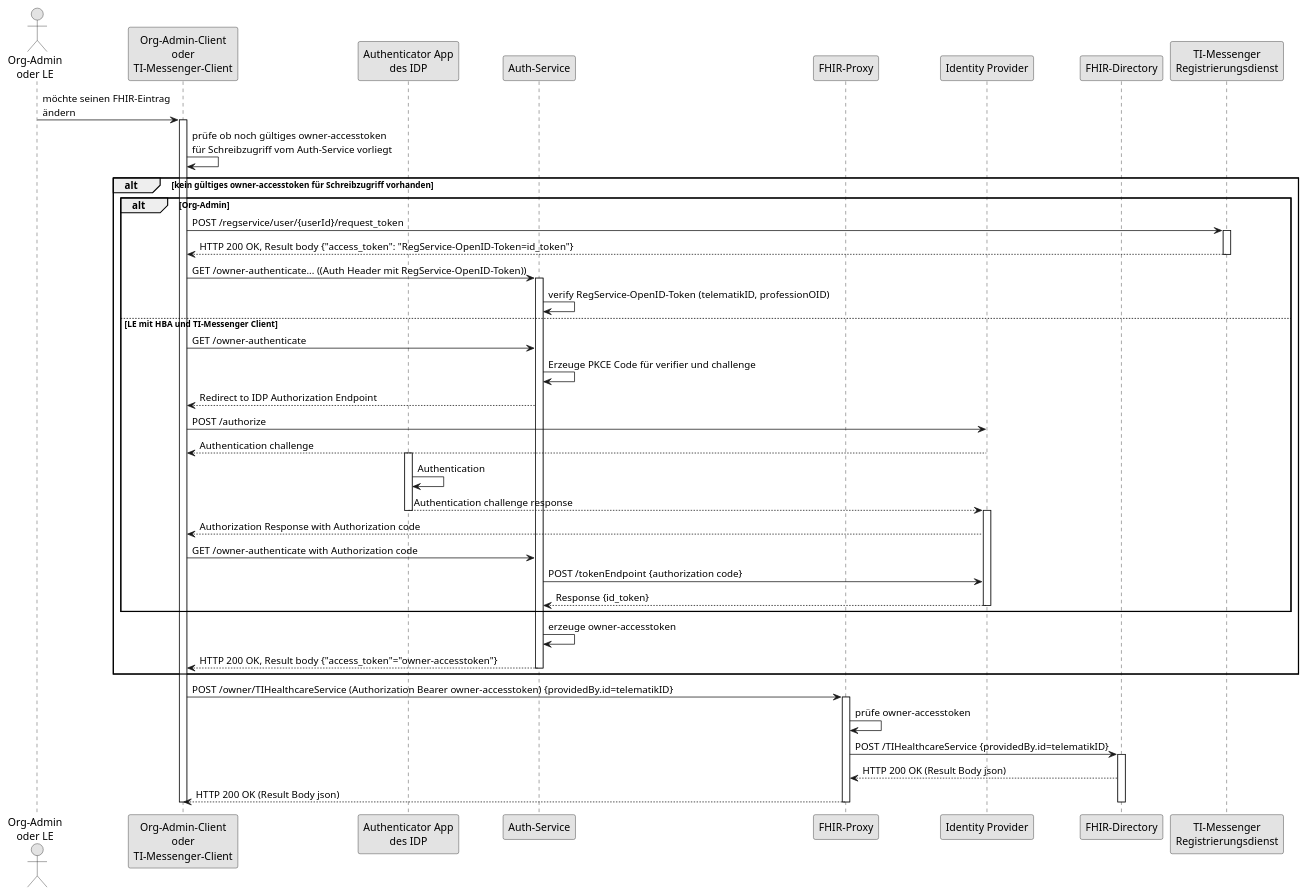
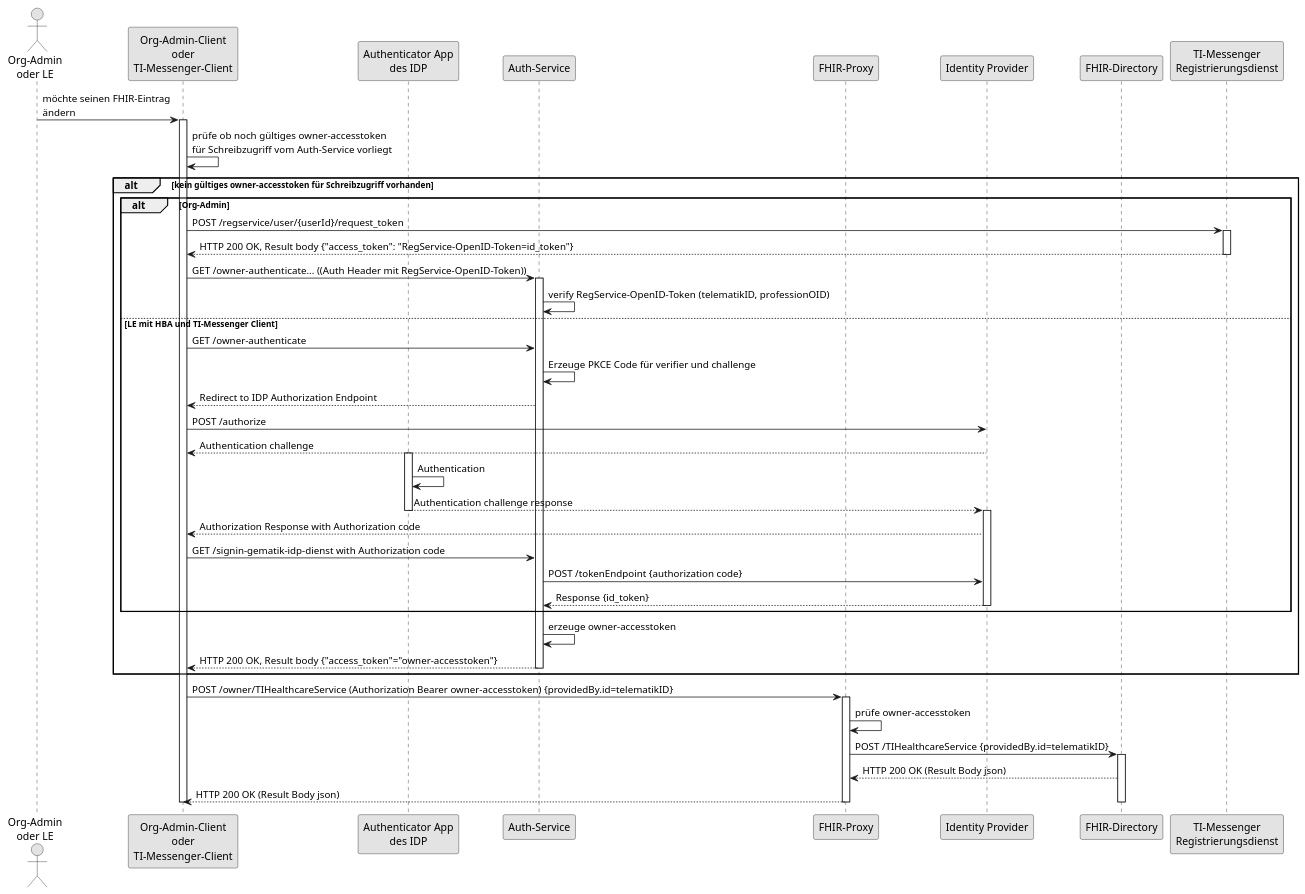
The diagram in src/plantuml/SequenceDiagram.FHIR-Directory.owner.puml (gematik/api-vzd), drawn with PlantUML before and after one commit.

Commit message:
URL Korrektur signin-gematik-idp-dienst
Änderung URL von owner-authenticate auf signin-gematik-idp-dienst

```diff
--- a/src/plantuml/SequenceDiagram.FHIR-Directory.owner.puml
+++ b/src/plantuml/SequenceDiagram.FHIR-Directory.owner.puml
@@ -1,59 +1,59 @@
 @startuml FHIR-Directory, Sequenzdiagram Änderung von eigenen -Einträgen
 skinparam dpi 100
 skinparam WrapWidth 200
 skinparam monochrome true
 
 'title "FHIR-Directory, Sequenzdiagram Änderung von eigenen Einträgen'
 actor o as "Org-Admin\noder LE"
 participant cl as "Org-Admin-Client\noder\nTI-Messenger-Client"
 participant aa as "Authenticator App\ndes IDP"
 participant au as "Auth-Service"
 participant fp as "FHIR-Proxy"
 participant idp as "Identity Provider"
 participant fd as "FHIR-Directory"
 participant rd as "TI-Messenger\nRegistrierungsdienst"
 o -> cl: möchte seinen FHIR-Eintrag\nändern
 activate cl
 cl -> cl: prüfe ob noch gültiges owner-accesstoken\nfür Schreibzugriff vom Auth-Service vorliegt
 alt kein gültiges owner-accesstoken für Schreibzugriff vorhanden
 alt Org-Admin
 cl -> rd: POST /regservice/user/{userId}/request_token
 activate rd
 rd --> cl: HTTP 200 OK, Result body {"access_token": "RegService-OpenID-Token=id_token"}
 deactivate rd
 cl -> au: GET /owner-authenticate... ((Auth Header mit RegService-OpenID-Token))
 activate au
 au -> au: verify RegService-OpenID-Token (telematikID, professionOID)
 else LE mit HBA und TI-Messenger Client
 cl -> au: GET /owner-authenticate
 au -> au: Erzeuge PKCE Code für verifier und challenge
 au --> cl: Redirect to IDP Authorization Endpoint
 cl -> idp: POST /authorize
 idp --> cl: Authentication challenge
 activate aa
 aa -> aa: Authentication
 aa --> idp: Authentication challenge response
 deactivate aa
 activate idp
 idp --> cl: Authorization Response with Authorization code
-cl -> au: GET /owner-authenticate with Authorization code
+cl -> au: GET /signin-gematik-idp-dienst with Authorization code
 au -> idp: POST /tokenEndpoint {authorization code}
 idp --> au: Response {id_token}
 
 deactivate idp
 end
 au -> au: erzeuge owner-accesstoken
 au --> cl: HTTP 200 OK, Result body {"access_token"="owner-accesstoken"}
 deactivate au
 end
 cl -> fp: POST /owner/TIHealthcareService (Authorization Bearer owner-accesstoken) {providedBy.id=telematikID}
 activate fp
 fp -> fp: prüfe owner-accesstoken
 fp -> fd: POST /TIHealthcareService {providedBy.id=telematikID}
 activate fd
 fd --> fp: HTTP 200 OK (Result Body json)
 fp --> cl: HTTP 200 OK (Result Body json)
 deactivate fd
 deactivate fp
 deactivate cl
 @enduml
```
